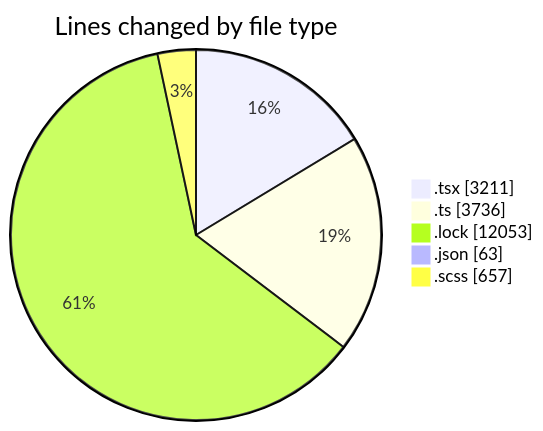
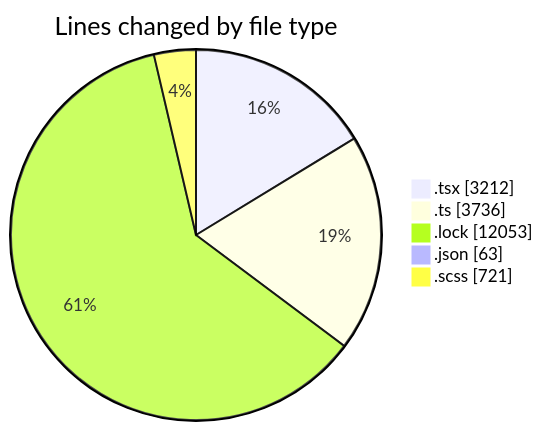
The first of 2 diagrams in 2025-12-03/cda/README.md (momahboobian/code-tracking), drawn with Mermaid before and after one commit. The commit also changed other lines of this file and 1 other file, not shown here.

````diff
--- a/2025-12-03/cda/README.md
+++ b/2025-12-03/cda/README.md
@@ -31,9 +32,9 @@
 ```mermaid
 pie showData
 title Lines changed by file type
-".tsx" : 3211
+".tsx" : 3212
 ".ts" : 3736
 ".lock" : 12053
 ".json" : 63
-".scss" : 657
+".scss" : 721
 ```
````
